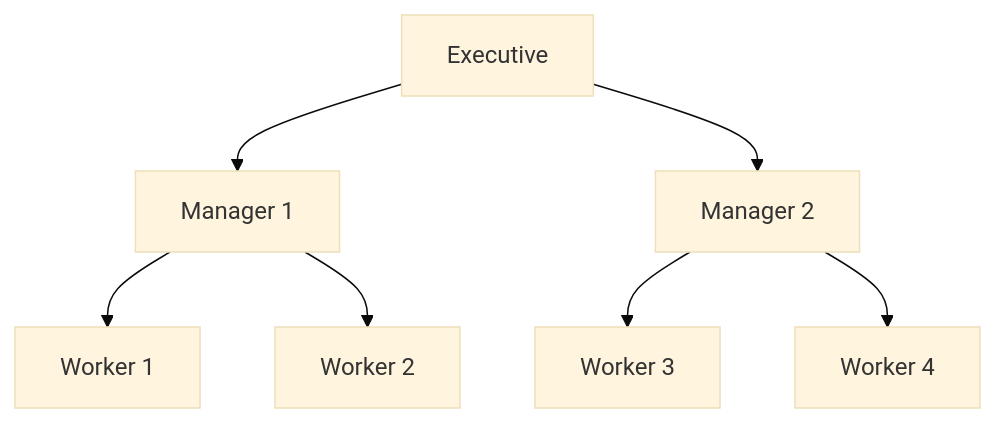
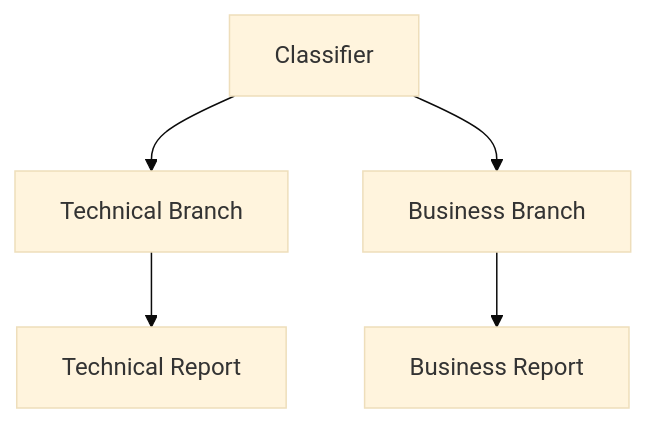
Before and after one commit to daniel-was-taken/docs-strands: the fourth of 4 diagrams in docs/user-guide/concepts/multi-agent/graph.md, drawn with Mermaid (base theme). The commit also changed other lines of this file and 1 other file, not shown here.

Commit message:
docs(multiagent): docs pages for Swarm + Graph (#147)

````diff
--- a/docs/user-guide/concepts/multi-agent/graph.md
+++ b/docs/user-guide/concepts/multi-agent/graph.md
@@ -76,17 +323,7 @@
 ```mermaid
 graph TD
-    Executive[Executive]
-    Manager1[Manager 1]
-    Manager2[Manager 2]
-    Worker1[Worker 1]
-    Worker2[Worker 2]
-    Worker3[Worker 3]
-    Worker4[Worker 4]
-    
-    Executive --> Manager1
-    Executive --> Manager2
-    Manager1 --> Worker1
-    Manager1 --> Worker2
-    Manager2 --> Worker3
-    Manager2 --> Worker4
+    A[Classifier] --> B[Technical Branch]
+    A --> C[Business Branch]
+    B --> D[Technical Report]
+    C --> E[Business Report]
 ```
````
